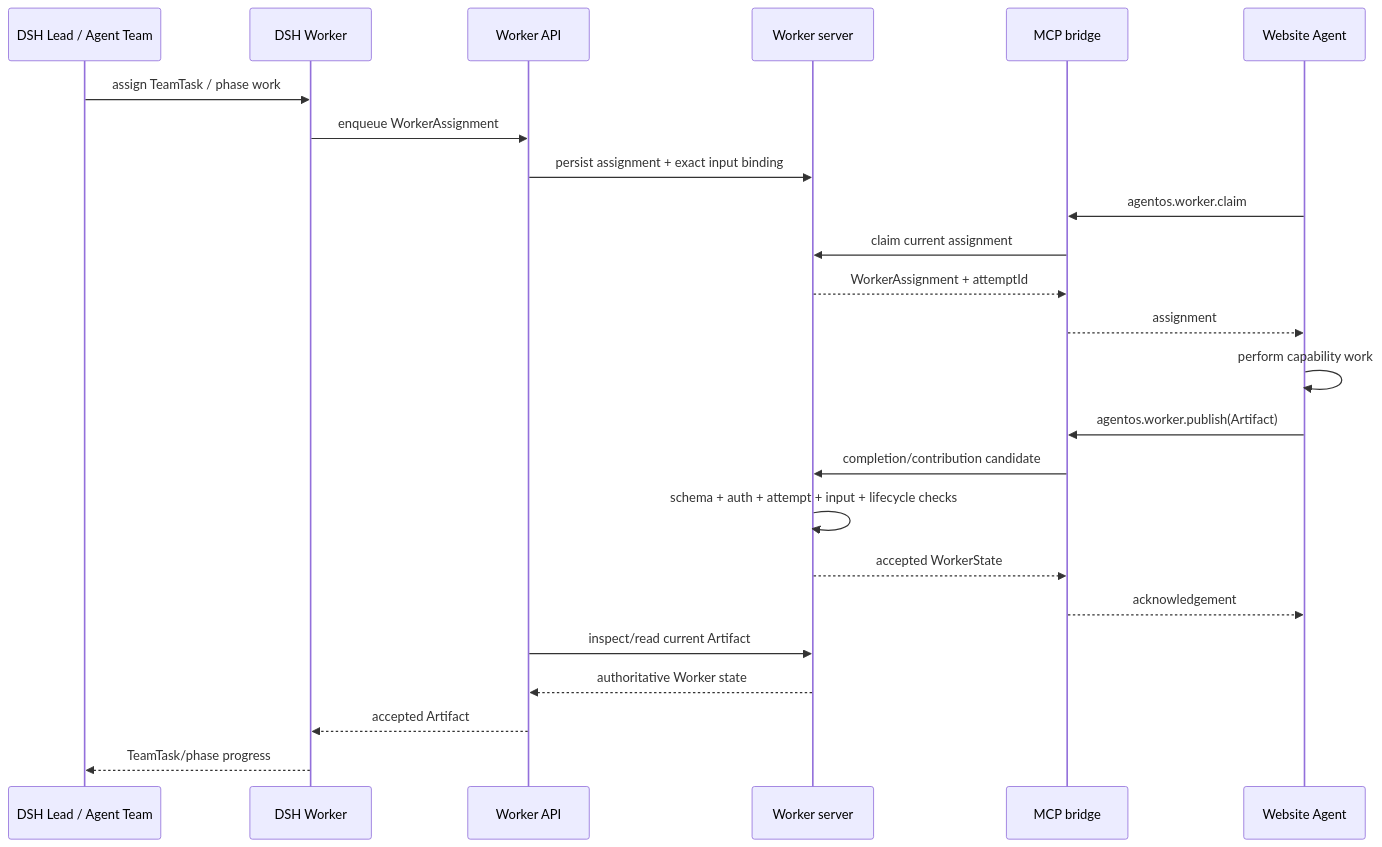
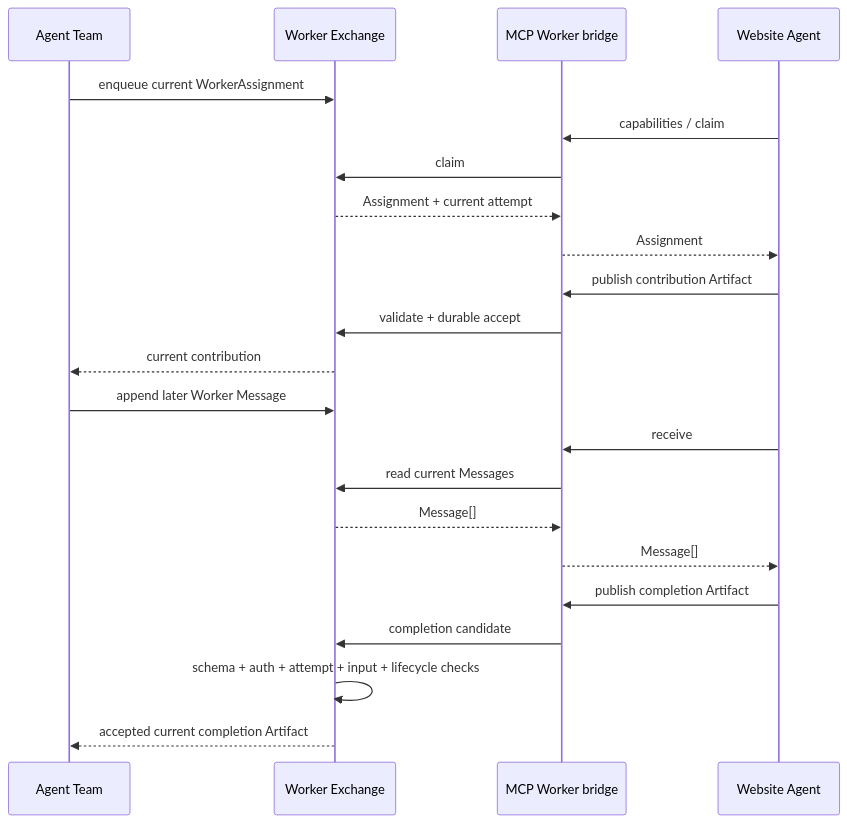
Before and after one commit to tsuuanmi/AgentOS: the third of 5 diagrams in docs/architecture/agent-communication.md, drawn with Mermaid. The commit also changed other lines of this file, not shown here.

Commit message:
docs: make communication Worker-provider neutral

```diff
--- a/docs/architecture/agent-communication.md
+++ b/docs/architecture/agent-communication.md
@@ -184,30 +155,28 @@
 ~~~mermaid
 sequenceDiagram
-    participant Lead as DSH Lead / Agent Team
-    participant DW as DSH Worker
-    participant API as Worker API
-    participant WS as Worker server
-    participant MCP as MCP bridge
-    participant WA as Website Agent
+    participant T as Agent Team
+    participant X as Worker Exchange
+    participant M as MCP Worker bridge
+    participant W as Website Agent
 
-    Lead->>DW: assign TeamTask / phase work
-    DW->>API: enqueue WorkerAssignment
-    API->>WS: persist assignment + exact input binding
+    T->>X: enqueue current WorkerAssignment
+    W->>M: capabilities / claim
+    M->>X: claim
+    X-->>M: Assignment + current attempt
+    M-->>W: Assignment
 
-    WA->>MCP: agentos.worker.claim
-    MCP->>WS: claim current assignment
-    WS-->>MCP: WorkerAssignment + attemptId
-    MCP-->>WA: assignment
+    W->>M: publish contribution Artifact
+    M->>X: validate + durable accept
+    X-->>T: current contribution
 
-    WA->>WA: perform capability work
-    WA->>MCP: agentos.worker.publish(Artifact)
-    MCP->>WS: completion/contribution candidate
-    WS->>WS: schema + auth + attempt + input + lifecycle checks
-    WS-->>MCP: accepted WorkerState
-    MCP-->>WA: acknowledgement
+    T->>X: append later Worker Message
+    W->>M: receive
+    M->>X: read current Messages
+    X-->>M: Message[]
+    M-->>W: Message[]
 
-    API->>WS: inspect/read current Artifact
-    WS-->>API: authoritative Worker state
-    API-->>DW: accepted Artifact
-    DW-->>Lead: TeamTask/phase progress
+    W->>M: publish completion Artifact
+    M->>X: completion candidate
+    X->>X: schema + auth + attempt + input + lifecycle checks
+    X-->>T: accepted current completion Artifact
 ~~~
```
